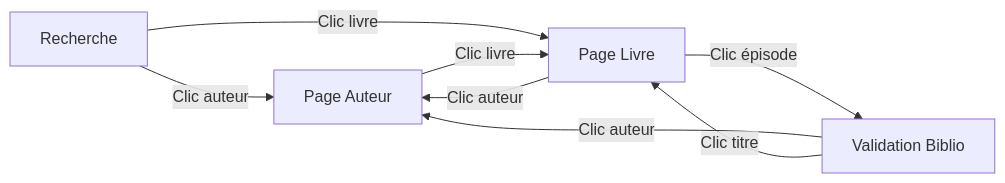
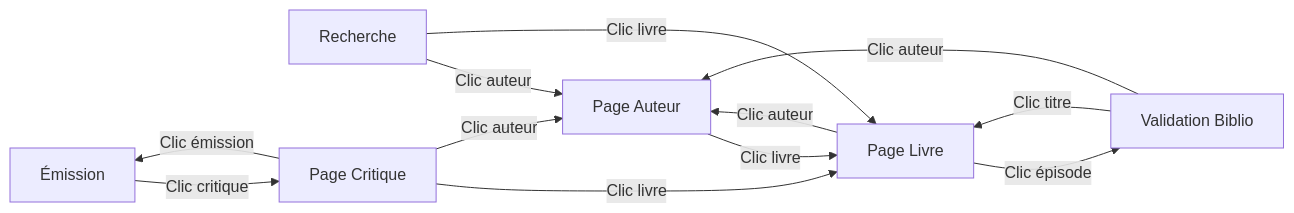
The diagram in docs/user/detail-pages.md (castorfou/back-office-lmelp), drawn with Mermaid before and after one commit. The commit also changed other lines of this file and 8 other files, not shown here.

First line of the commit message:
feat(critique): Add critique detail page with note distribution and filters (Issue #191)

````diff
--- a/docs/user/detail-pages.md
+++ b/docs/user/detail-pages.md
@@ -192,10 +281,14 @@
 ```mermaid
 graph LR
     A[Recherche] -->|Clic auteur| B[Page Auteur]
     A -->|Clic livre| C[Page Livre]
     B -->|Clic livre| C
     C -->|Clic auteur| B
     C -->|Clic épisode| D[Validation Biblio]
     D -->|Clic auteur| B
     D -->|Clic titre| C
+    E[Émission] -->|Clic critique| F[Page Critique]
+    F -->|Clic livre| C
+    F -->|Clic auteur| B
+    F -->|Clic émission| E
 ```
````
